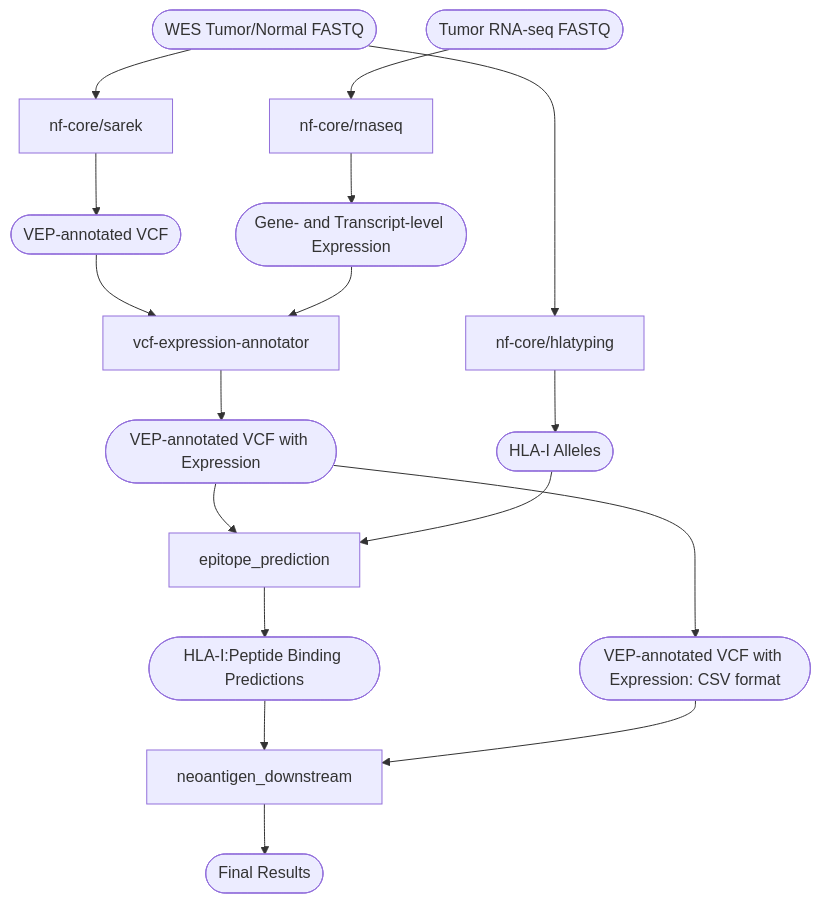
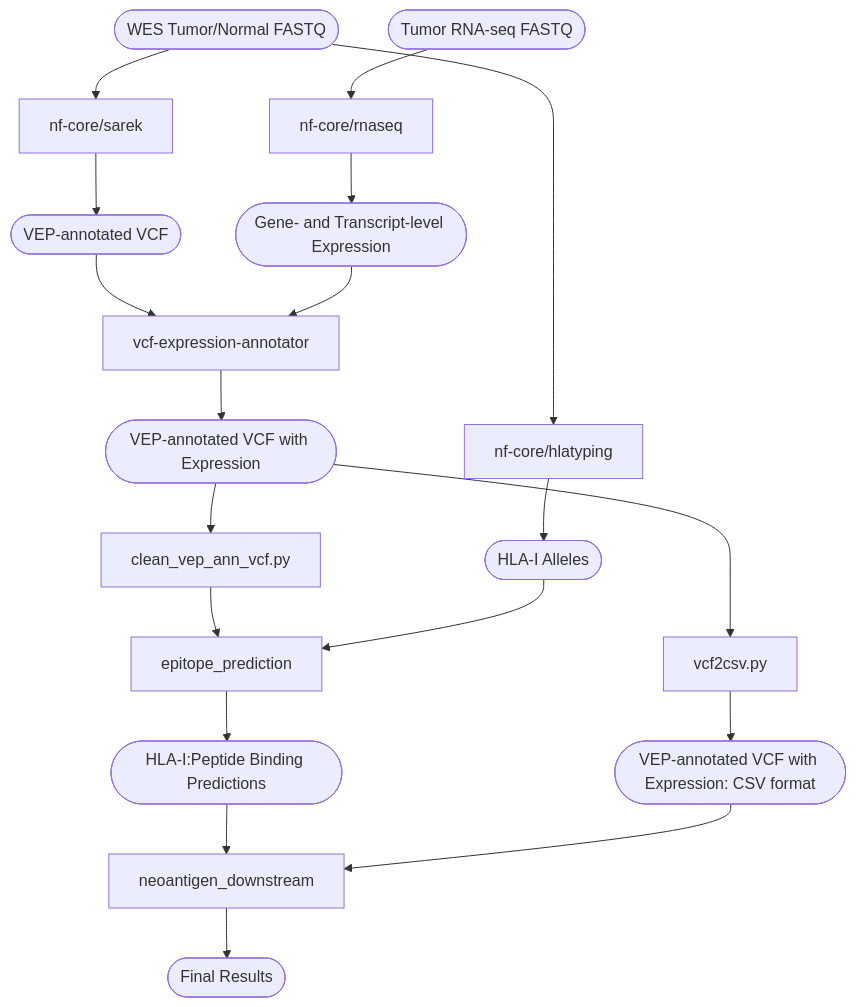
The diagram in README.md (tylergross97/neoantigen_prediction_workflow), drawn with Mermaid before and after one commit.

Commit message:
added custom py scripts to mermaid

````diff
--- a/README.md
+++ b/README.md
@@ -27,19 +27,21 @@
 ```mermaid
 flowchart TD
     wes_fastq([WES Tumor/Normal FASTQ]) --> sarek[nf-core/sarek]
     sarek --> vep_vcf([VEP-annotated VCF])
     rnaseq_fastq([Tumor RNA-seq FASTQ]) --> rnaseq[nf-core/rnaseq]
     vep_vcf --> expr_annotator[vcf-expression-annotator]
     rnaseq --> gtx([Gene- and Transcript-level Expression])
     gtx --> expr_annotator
     expr_annotator --> expr_vcf([VEP-annotated VCF with Expression])
     wes_fastq --> hlatyping[nf-core/hlatyping]
     hlatyping --> hla_alleles([HLA-I Alleles])
-    expr_vcf --> epipred[epitope_prediction]
-    expr_vcf --> expr_vcf_csv([VEP-annotated VCF with Expression: CSV format])
+    expr_vcf --> expr_vcf_cleaner[clean_vep_ann_vcf.py]
+    expr_vcf_cleaner --> epipred[epitope_prediction]
+    expr_vcf --> vcf_2_csv[vcf2csv.py]
+    vcf_2_csv --> expr_vcf_csv([VEP-annotated VCF with Expression: CSV format])
     hla_alleles --> epipred
     epipred --> hla_pep([HLA-I:Peptide Binding Predictions])
     hla_pep --> downstream[neoantigen_downstream]
     expr_vcf_csv --> downstream
     downstream --> final([Final Results])
 ```
````
